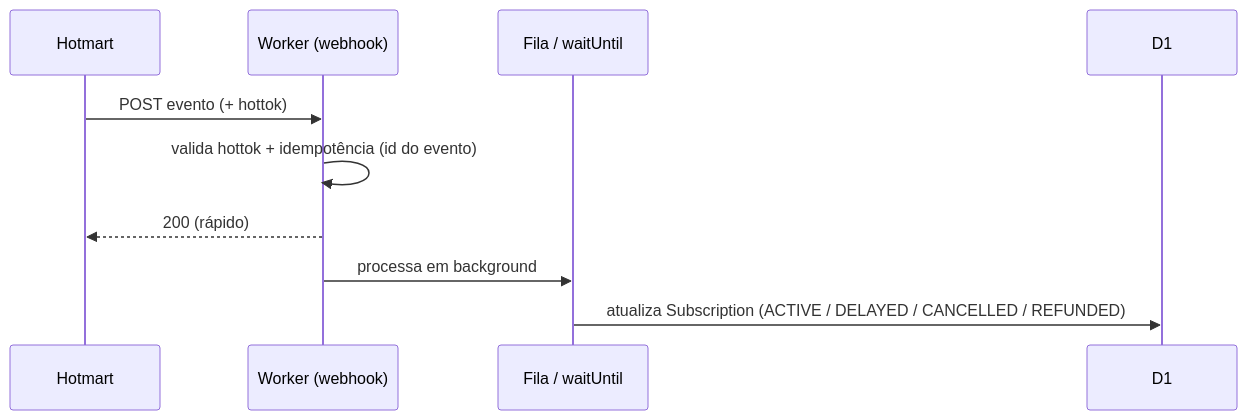
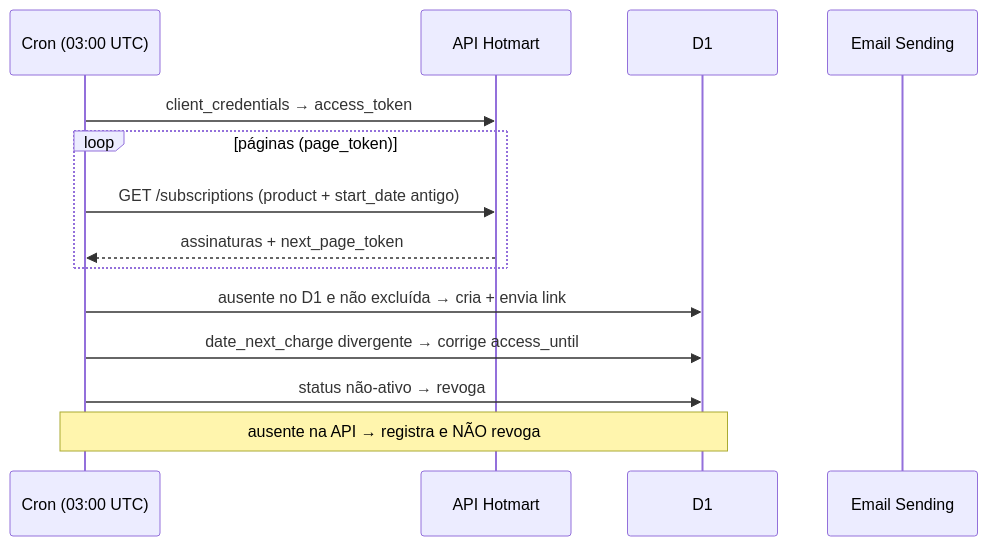
Before and after one commit to eduardosplima/mais-aprovacao-questoes: the fourth of 5 diagrams in docs/especificacao-tecnica.md, drawn with Mermaid. The commit also changed other lines of this file and 1 other file, not shown here.

First line of the commit message:
docs: substitui Hotmart OAuth por autenticação própria + webhook

````diff
--- a/docs/especificacao-tecnica.md
+++ b/docs/especificacao-tecnica.md
@@ -87,13 +157,17 @@
 ```mermaid
 sequenceDiagram
-    participant H as Hotmart
-    participant W as Worker (webhook)
-    participant Q as Fila / waitUntil
+    participant CR as Cron (03:00 UTC)
+    participant HM as API Hotmart
     participant DB as D1
+    participant E as Email Sending
 
-    H->>W: POST evento (+ hottok)
-    W->>W: valida hottok + idempotência (id do evento)
-    W-->>H: 200 (rápido)
-    W->>Q: processa em background
-    Q->>DB: atualiza Subscription (ACTIVE / DELAYED / CANCELLED / REFUNDED)
+    CR->>HM: client_credentials → access_token
+    loop páginas (page_token)
+        CR->>HM: GET /subscriptions (product + start_date antigo)
+        HM-->>CR: assinaturas + next_page_token
+    end
+    CR->>DB: ausente no D1 e não excluída → cria + envia link
+    CR->>DB: date_next_charge divergente → corrige access_until
+    CR->>DB: status não-ativo → revoga
+    Note over CR,DB: ausente na API → registra e NÃO revoga
 ```
````
